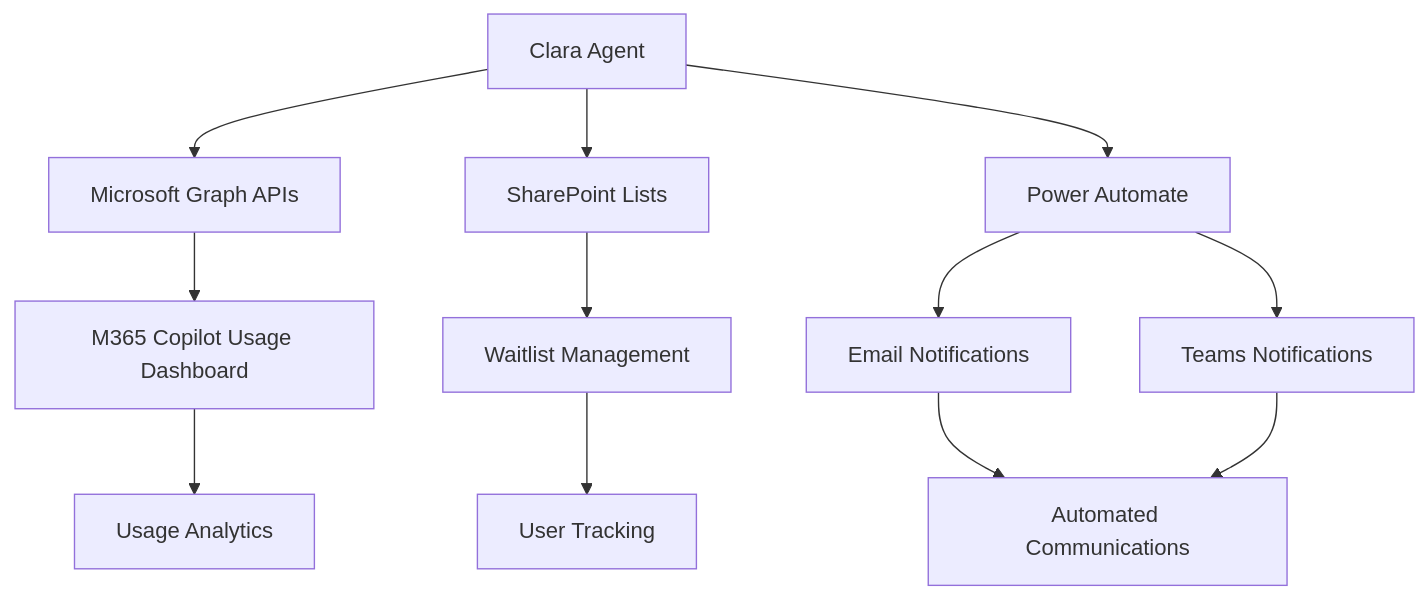
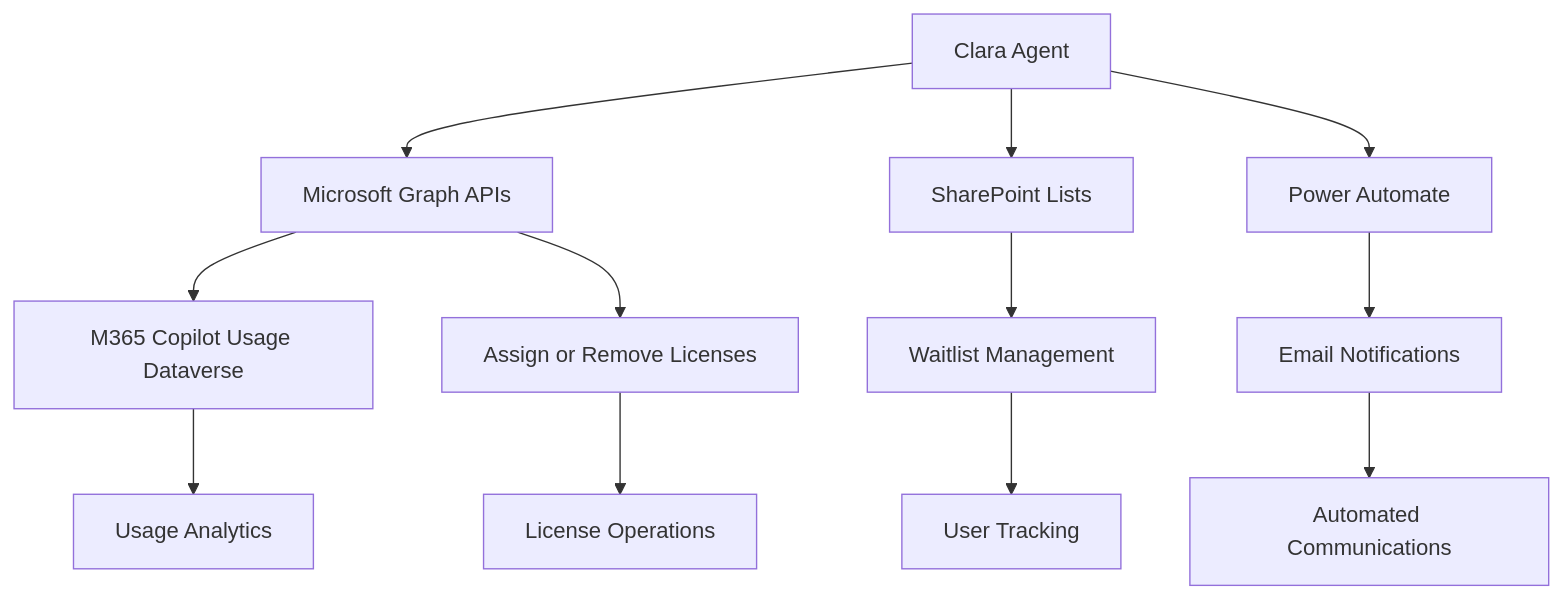
The diagram in readme.md (luishdemetrio/clara-copilot-agent), drawn with Mermaid before and after one commit. The commit also changed 20 other files, not shown here.

````diff
--- a/readme.md
+++ b/readme.md
@@ -46,16 +47,14 @@
 ```mermaid
 graph TB
     A[Clara Agent] --> B[Microsoft Graph APIs]
     A --> C[SharePoint Lists]
     A --> D[Power Automate]
-    
-    B --> E[M365 Copilot Usage Dashboard]
-    C --> F[Waitlist Management]
-    D --> G[Email Notifications]
-    D --> L[Teams Notifications]
-    
-    E --> H[Usage Analytics]
-    F --> I[User Tracking]
-    G --> J[Automated Communications]
-    L --> J[Automated Communications]
+    B --> E[M365 Copilot Usage Dataverse]
+    B --> F[Assign or Remove Licenses]
+    C --> G[Waitlist Management]
+    D --> H[Email Notifications]
+    E --> J[Usage Analytics]
+    F --> K[License Operations]
+    G --> L[User Tracking]
+    H --> M[Automated Communications]
 ```
````
